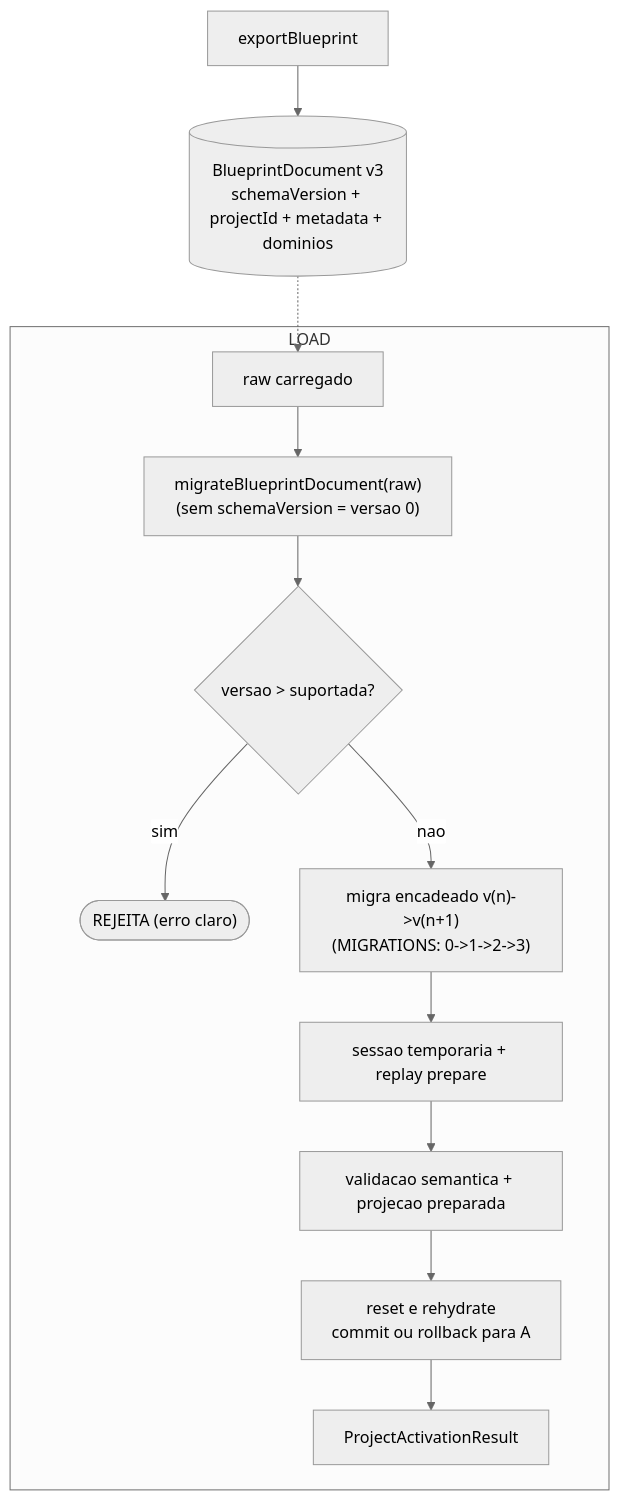
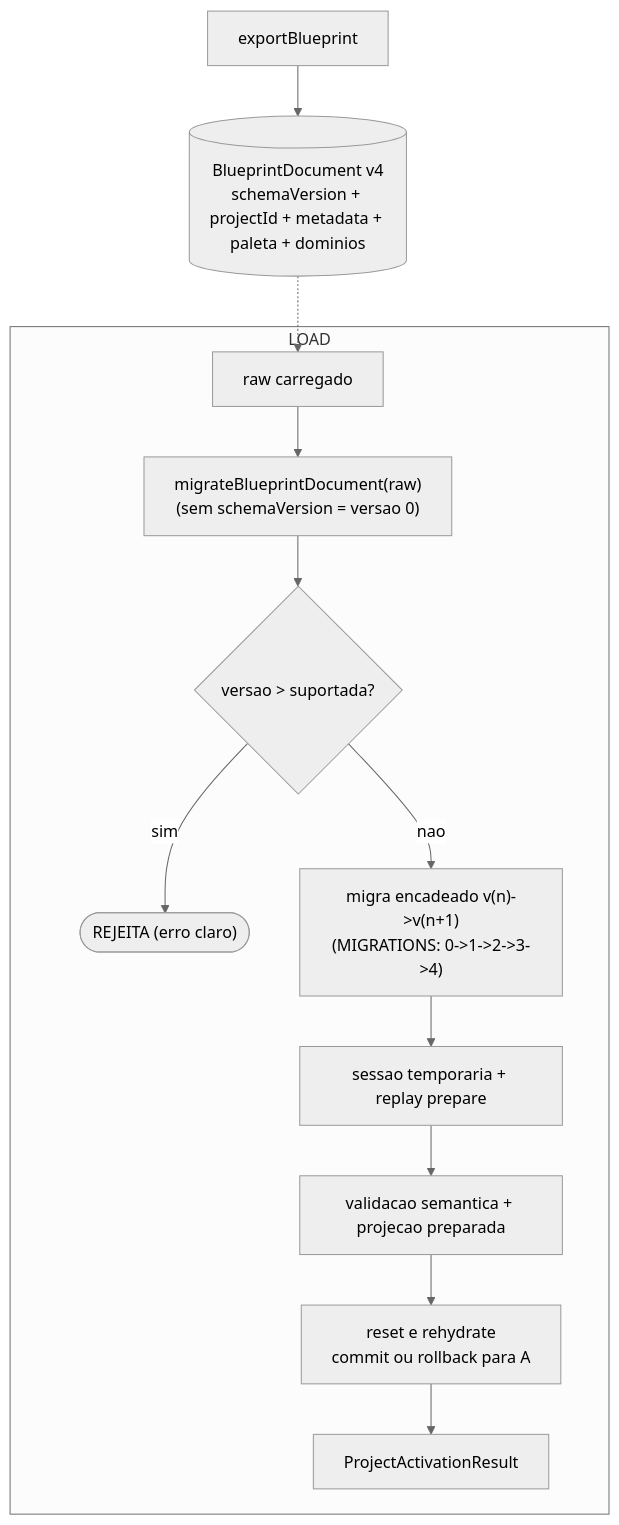
Before and after one commit to flaviotinococoutinho/Gridsmith: the fourth of 8 diagrams in docs/ARCHITECTURE-SPEC.md, drawn with Mermaid (neutral theme). The commit also changed other lines of this file and 71 other files, not shown here.

````diff
--- a/docs/ARCHITECTURE-SPEC.md
+++ b/docs/ARCHITECTURE-SPEC.md
@@ -745,15 +746,15 @@
 ```mermaid
 graph TD
-  EXP["exportBlueprint"] --> DOC[("BlueprintDocument v3<br/>schemaVersion + projectId + metadata + dominios")]
+  EXP["exportBlueprint"] --> DOC[("BlueprintDocument v4<br/>schemaVersion + projectId + metadata + paleta + dominios")]
   DOC -.-> RAW["raw carregado"]
   subgraph LOAD["LOAD"]
     RAW --> MIG["migrateBlueprintDocument(raw)<br/>(sem schemaVersion = versao 0)"]
     MIG --> V{"versao > suportada?"}
     V -->|"sim"| REJ(["REJEITA (erro claro)"])
-    V -->|"nao"| CHAIN["migra encadeado v(n)->v(n+1)<br/>(MIGRATIONS: 0->1->2->3)"]
+    V -->|"nao"| CHAIN["migra encadeado v(n)->v(n+1)<br/>(MIGRATIONS: 0->1->2->3->4)"]
     CHAIN --> TMP["sessao temporaria + replay prepare"]
     TMP --> SEM["validacao semantica + projecao preparada"]
     SEM --> COMMIT["reset e rehydrate<br/>commit ou rollback para A"]
     COMMIT --> SUM["ProjectActivationResult"]
   end
 ```
````
